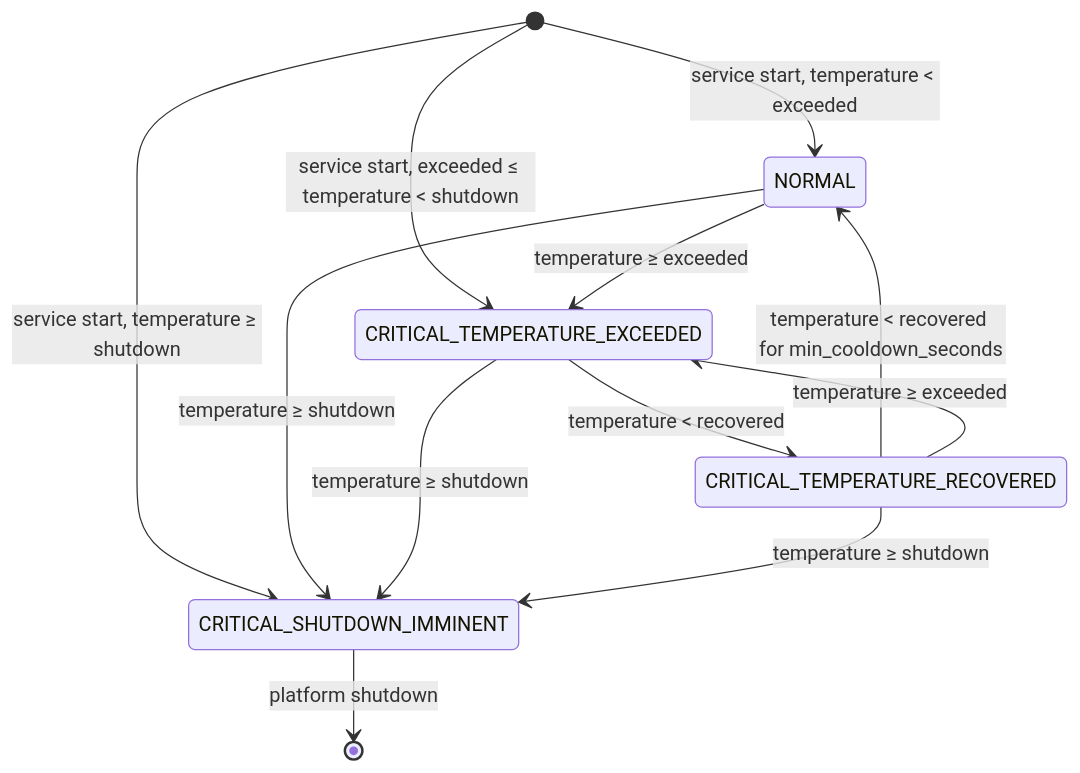
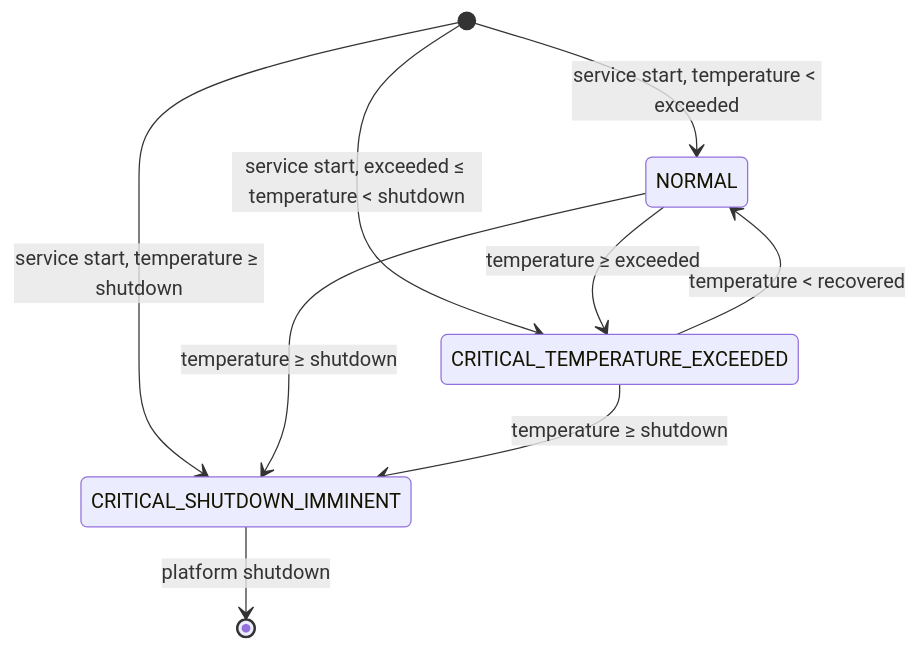
Before and after one commit to rdkcentral/rdk-halif-aidl: the second of 6 diagrams in sensor/current/docs/thermal/thermal_sensor.md, drawn with Mermaid. The commit also changed other lines of this file and 3 other files, not shown here.

First line of the commit message:
docs(thermal): deprecate CRITICAL_TEMPERATURE_RECOVERED, cap state events per sensor (#846)

````diff
--- a/sensor/current/docs/thermal/thermal_sensor.md
+++ b/sensor/current/docs/thermal/thermal_sensor.md
@@ -196,14 +198,11 @@
 ```mermaid
 stateDiagram-v2
     [*] --> NORMAL : service start, temperature < exceeded
     [*] --> CRITICAL_TEMPERATURE_EXCEEDED : service start, exceeded ≤ temperature < shutdown
     [*] --> CRITICAL_SHUTDOWN_IMMINENT : service start, temperature ≥ shutdown
     NORMAL --> CRITICAL_TEMPERATURE_EXCEEDED : temperature ≥ exceeded
-    CRITICAL_TEMPERATURE_EXCEEDED --> CRITICAL_TEMPERATURE_RECOVERED : temperature < recovered
-    CRITICAL_TEMPERATURE_RECOVERED --> NORMAL : temperature < recovered for min_cooldown_seconds
-    CRITICAL_TEMPERATURE_RECOVERED --> CRITICAL_TEMPERATURE_EXCEEDED : temperature ≥ exceeded
+    CRITICAL_TEMPERATURE_EXCEEDED --> NORMAL : temperature < recovered
     NORMAL --> CRITICAL_SHUTDOWN_IMMINENT : temperature ≥ shutdown
     CRITICAL_TEMPERATURE_EXCEEDED --> CRITICAL_SHUTDOWN_IMMINENT : temperature ≥ shutdown
-    CRITICAL_TEMPERATURE_RECOVERED --> CRITICAL_SHUTDOWN_IMMINENT : temperature ≥ shutdown
     CRITICAL_SHUTDOWN_IMMINENT --> [*] : platform shutdown
 ```
````
